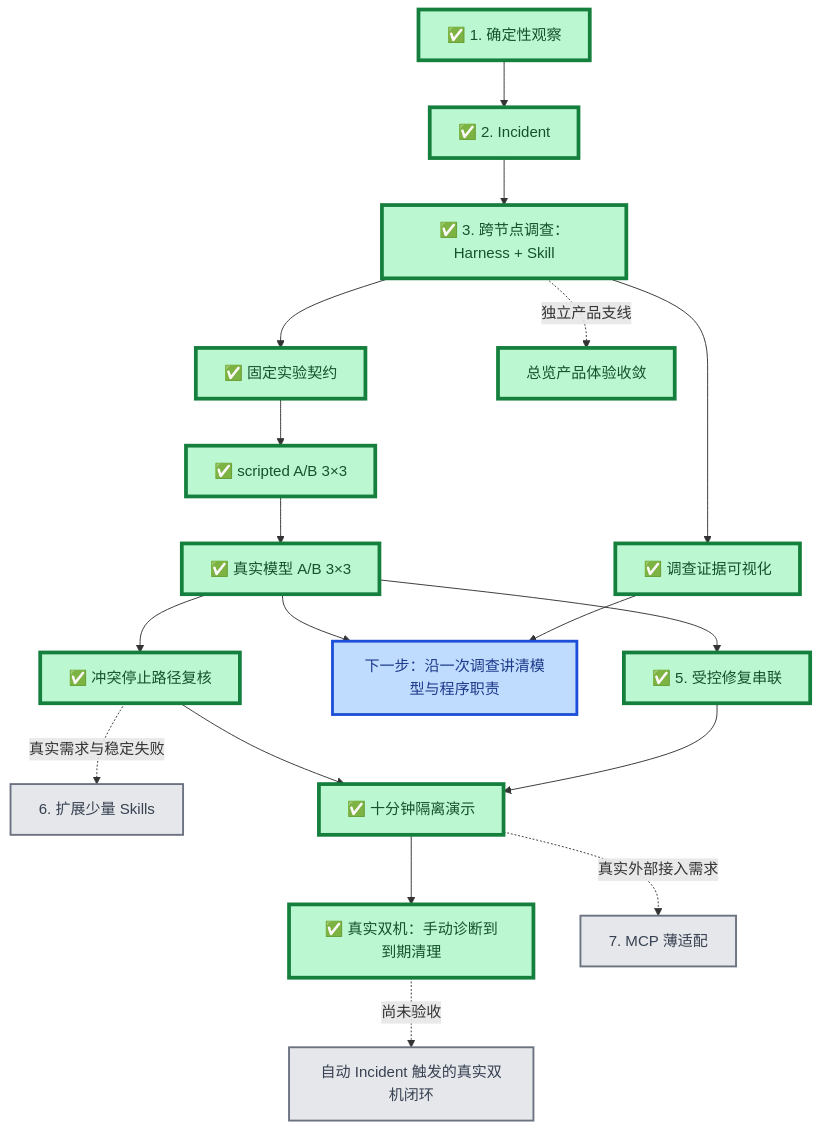
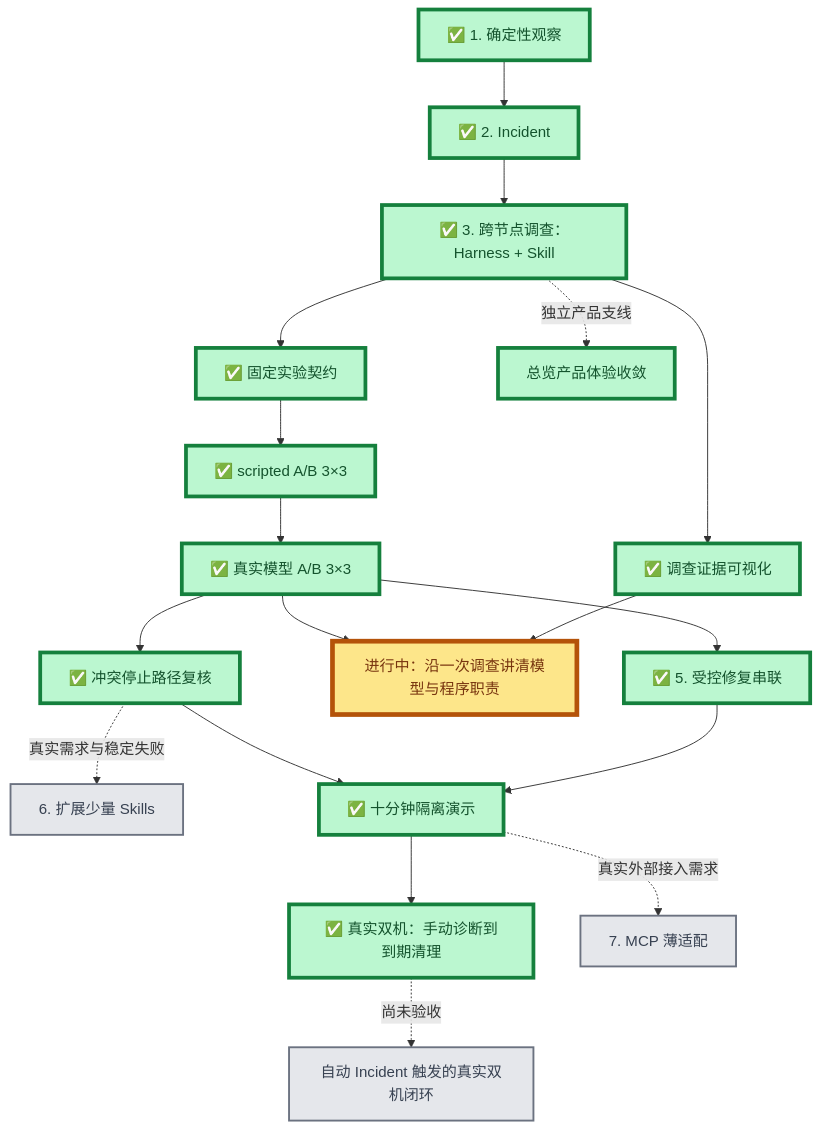
One commit to Sugarfarmeriod/TunnelMinion changed the first of 2 diagrams in docs/project/roadmap.md. Above: the diagram before and after it, drawn with Mermaid. The commit also changed other lines of this file and 2 other files, not shown here.

Commit message:
docs: 用单案例讲清调查模型与程序职责

````diff
--- a/docs/project/roadmap.md
+++ b/docs/project/roadmap.md
@@ -8,32 +8,32 @@
 ```mermaid
 flowchart TB
     A["✅ 1. 确定性观察"] --> B["✅ 2. Incident"]
     B --> C["✅ 3. 跨节点调查：Harness + Skill"]
 
     C --> D1["✅ 固定实验契约"]
     D1 --> D2["✅ scripted A/B 3×3"]
     D2 --> D3["✅ 真实模型 A/B 3×3"]
 
     D3 --> E["✅ 5. 受控修复串联"]
     C --> V["✅ 调查证据可视化"]
-    V --> W["下一步：沿一次调查讲清模型与程序职责"]
+    V --> W["进行中：沿一次调查讲清模型与程序职责"]
     D3 --> W
     D3 --> F["✅ 冲突停止路径复核"]
     F -.真实需求与稳定失败.-> K["6. 扩展少量 Skills"]
     E --> H["✅ 十分钟隔离演示"]
     F --> H
     H --> R["✅ 真实双机：手动诊断到到期清理"]
     R -.尚未验收.-> I["自动 Incident 触发的真实双机闭环"]
     H -.真实外部接入需求.-> G["7. MCP 薄适配"]
 
     C -.独立产品支线.-> U["总览产品体验收敛"]
 
     classDef done fill:#bbf7d0,stroke:#15803d,stroke-width:4px,color:#14532d;
     classDef current fill:#fde68a,stroke:#b45309,stroke-width:5px,color:#78350f;
     classDef next fill:#bfdbfe,stroke:#1d4ed8,stroke-width:3px,color:#1e3a8a;
     classDef later fill:#e5e7eb,stroke:#6b7280,stroke-width:2px,color:#374151;
     class A,B,C,D1,D2,D3,E,F,H,R,V done;
     class U done;
-    class W next;
+    class W current;
     class G,K,I later;
 ```
````
